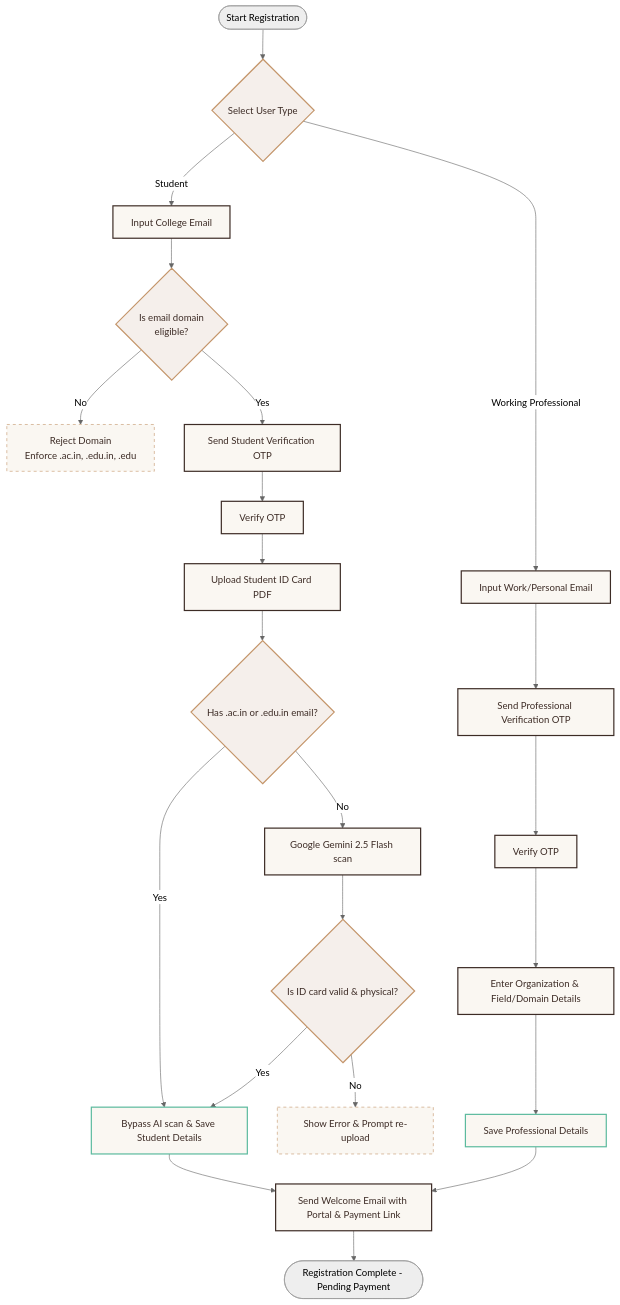
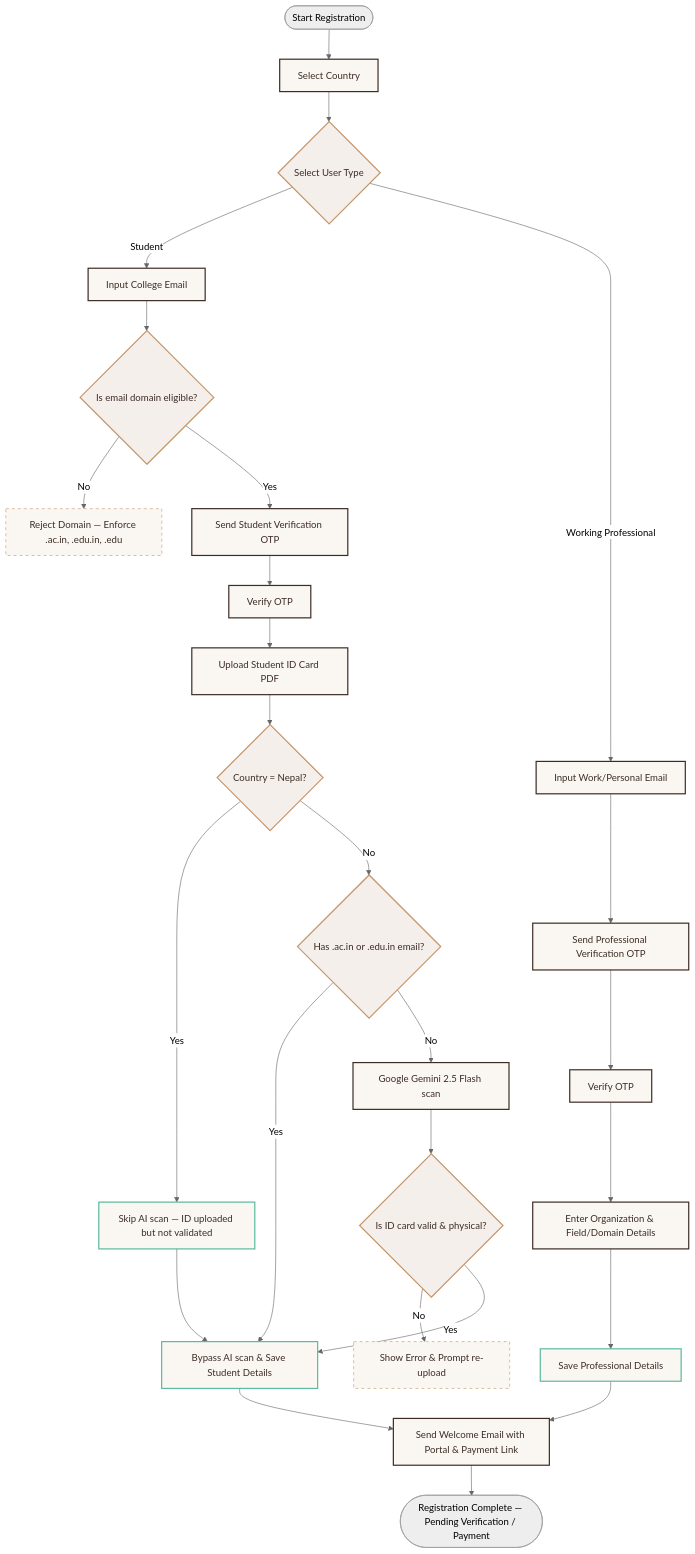
One commit to akshayaav246-collab/LeadwithAI changed the second of 3 diagrams in README.md. Above: the diagram before and after it, drawn with Mermaid (neutral theme). The commit also changed other lines of this file and 11 other files, not shown here.

````diff
--- a/README.md
+++ b/README.md
@@ -209,35 +209,39 @@
 ```mermaid
 graph TD
     classDef step fill:#FAF7F2,stroke:#3D2C26,stroke-width:2px,color:#3D2C26;
     classDef decision fill:#F5EFEB,stroke:#C4956A,stroke-width:2px,color:#3D2C26;
     classDef success fill:#FAF7F2,stroke:#5CBA9E,stroke-width:2px,color:#3D2C26;
     classDef error fill:#FAF7F2,stroke:#C4956A,stroke-dasharray: 5 5,color:#3D2C26;
 
-    Start([Start Registration]) --> UserType{Select User Type}:::decision
-    
+    Start([Start Registration]) --> CountrySelect[Select Country]:::step
+    CountrySelect --> UserType{Select User Type}:::decision
+
     %% Student Branch
     UserType -->|Student| StudEmail[Input College Email]:::step
-    StudEmail --> DomainCheck{Is email domain<br>eligible?}:::decision
-    DomainCheck -->|No| RejectDomain[Reject Domain<br>Enforce .ac.in, .edu.in, .edu]:::error
+    StudEmail --> DomainCheck{Is email domain eligible?}:::decision
+    DomainCheck -->|No| RejectDomain[Reject Domain — Enforce .ac.in, .edu.in, .edu]:::error
     DomainCheck -->|Yes| SendStudOTP[Send Student Verification OTP]:::step
     SendStudOTP --> VerifyStudOTP[Verify OTP]:::step
     VerifyStudOTP --> IDUpload[Upload Student ID Card PDF]:::step
-    IDUpload --> BypassCheck{Has .ac.in or .edu.in email?}:::decision
+    IDUpload --> CountryCheck{Country = Nepal?}:::decision
+    CountryCheck -->|Yes| SkipScan[Skip AI scan — ID uploaded but not validated]:::success
+    CountryCheck -->|No| BypassCheck{Has .ac.in or .edu.in email?}:::decision
     BypassCheck -->|Yes| SaveStudent[Bypass AI scan & Save Student Details]:::success
     BypassCheck -->|No| GeminiScan[Google Gemini 2.5 Flash scan]:::step
     GeminiScan --> OCRCheck{Is ID card valid & physical?}:::decision
     OCRCheck -->|No| RejectID[Show Error & Prompt re-upload]:::error
     OCRCheck -->|Yes| SaveStudent
-    
+    SkipScan --> SaveStudent
+
     %% Professional Branch
     UserType -->|Working Professional| ProfEmail[Input Work/Personal Email]:::step
     ProfEmail --> SendProfOTP[Send Professional Verification OTP]:::step
     SendProfOTP --> VerifyProfOTP[Verify OTP]:::step
     VerifyProfOTP --> InputProfDetails[Enter Organization & Field/Domain Details]:::step
     InputProfDetails --> SaveProfessional[Save Professional Details]:::success
 
     %% Common End
     SaveStudent --> WelcomeEmail[Send Welcome Email with Portal & Payment Link]:::step
     SaveProfessional --> WelcomeEmail
-    WelcomeEmail --> End([Registration Complete - Pending Payment])
+    WelcomeEmail --> End([Registration Complete — Pending Verification / Payment])
 ```
````
